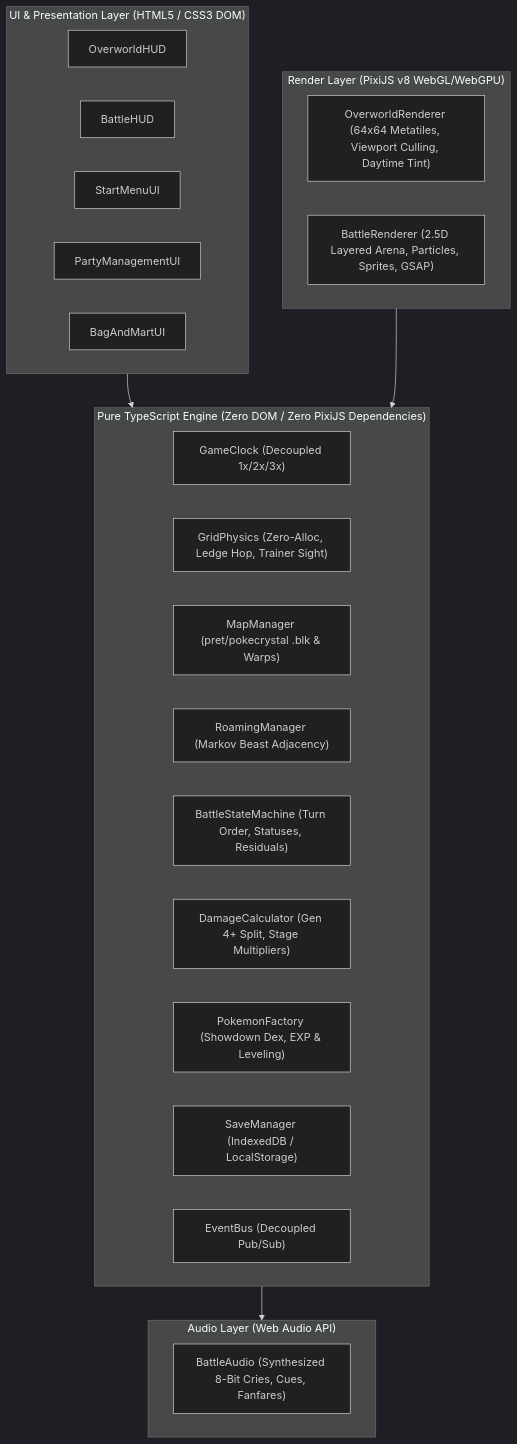
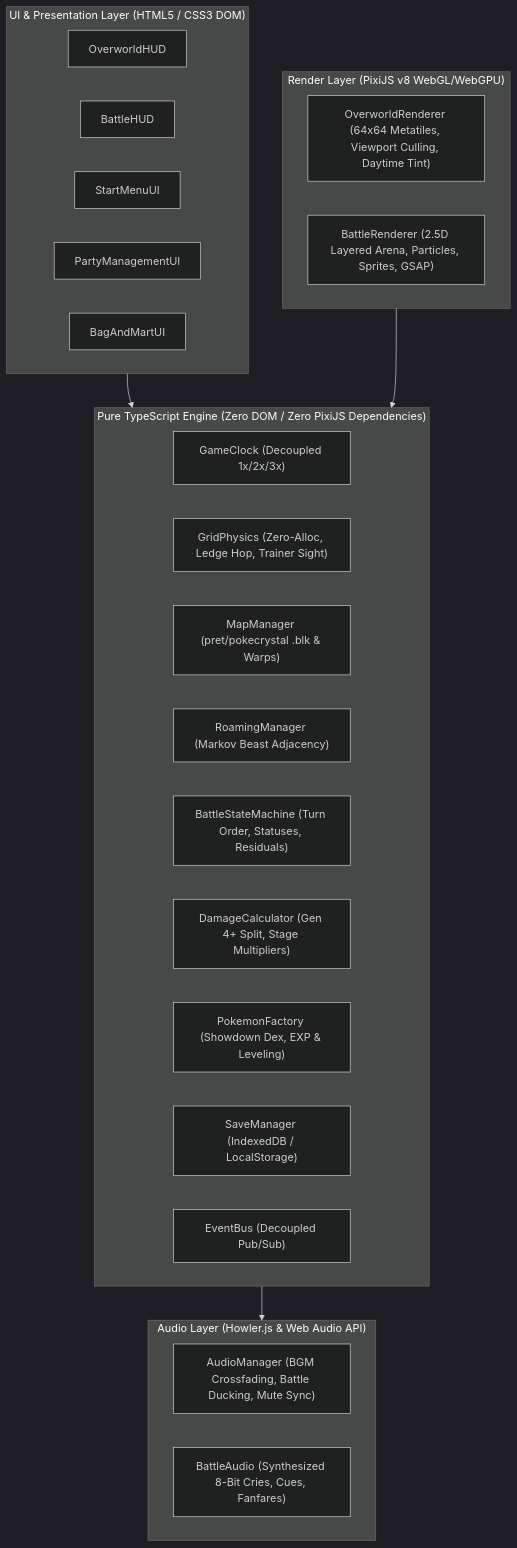
Before and after one commit to jbveiga/crystal-overdrive: the diagram in ARCHITECTURE.md, drawn with Mermaid (dark theme). The commit also changed other lines of this file and 5 other files, not shown here.

Commit message:
feat(audio): implement AudioManager with BGM crossfading, battle ducking, and mute controls

````diff
--- a/ARCHITECTURE.md
+++ b/ARCHITECTURE.md
@@ -13,35 +13,36 @@
 ```mermaid
 flowchart TD
     subgraph UI_Layer["UI & Presentation Layer (HTML5 / CSS3 DOM)"]
         OHUD["OverworldHUD"]
         BHUD["BattleHUD"]
         SM["StartMenuUI"]
         PM["PartyManagementUI"]
         BM["BagAndMartUI"]
     end
 
     subgraph Render_Layer["Render Layer (PixiJS v8 WebGL/WebGPU)"]
         OR["OverworldRenderer (64x64 Metatiles, Viewport Culling, Daytime Tint)"]
         BR["BattleRenderer (2.5D Layered Arena, Particles, Sprites, GSAP)"]
     end
 
     subgraph Pure_Logic["Pure TypeScript Engine (Zero DOM / Zero PixiJS Dependencies)"]
         GC["GameClock (Decoupled 1x/2x/3x)"]
         GP["GridPhysics (Zero-Alloc, Ledge Hop, Trainer Sight)"]
         MM["MapManager (pret/pokecrystal .blk & Warps)"]
         RM["RoamingManager (Markov Beast Adjacency)"]
         BSM["BattleStateMachine (Turn Order, Statuses, Residuals)"]
         DC["DamageCalculator (Gen 4+ Split, Stage Multipliers)"]
         PF["PokemonFactory (Showdown Dex, EXP & Leveling)"]
         SMAN["SaveManager (IndexedDB / LocalStorage)"]
         EB["EventBus (Decoupled Pub/Sub)"]
     end
 
-    subgraph Audio_Layer["Audio Layer (Web Audio API)"]
+    subgraph Audio_Layer["Audio Layer (Howler.js & Web Audio API)"]
+        AM["AudioManager (BGM Crossfading, Battle Ducking, Mute Sync)"]
         BA["BattleAudio (Synthesized 8-Bit Cries, Cues, Fanfares)"]
     end
 
     UI_Layer --> Pure_Logic
     Render_Layer --> Pure_Logic
     Pure_Logic --> Audio_Layer
 ```
````
